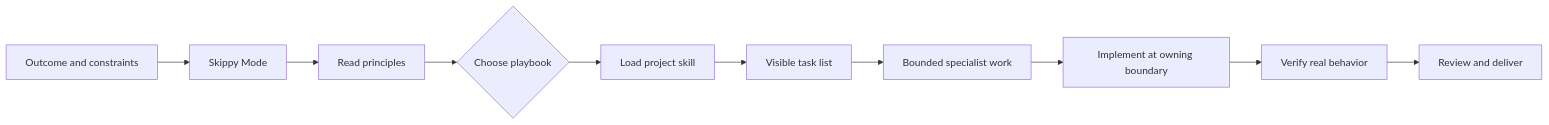
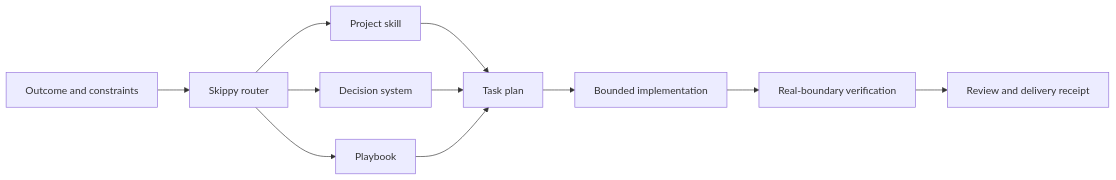
The first of 3 diagrams in README.md (deepujain/skippy), drawn with Mermaid before and after one commit. The commit also changed other lines of this file and 9 other files, not shown here.

````diff
--- a/README.md
+++ b/README.md
@@ -17,12 +15,13 @@
 ```mermaid
 flowchart LR
-  A["Outcome and constraints"] --> B["Skippy Mode"]
-  B --> C["Read principles"]
-  C --> D{"Choose playbook"}
-  D --> E["Load project skill"]
-  E --> F["Visible task list"]
-  F --> G["Bounded specialist work"]
-  G --> H["Implement at owning boundary"]
-  H --> I["Verify real behavior"]
-  I --> J["Review and deliver"]
+  A["Outcome and constraints"] --> B["Skippy router"]
+  B --> C["Project skill"]
+  B --> D["Decision system"]
+  B --> E["Playbook"]
+  C --> F["Task plan"]
+  D --> F
+  E --> F
+  F --> G["Bounded implementation"]
+  G --> H["Real-boundary verification"]
+  H --> I["Review and delivery receipt"]
 ```
````
